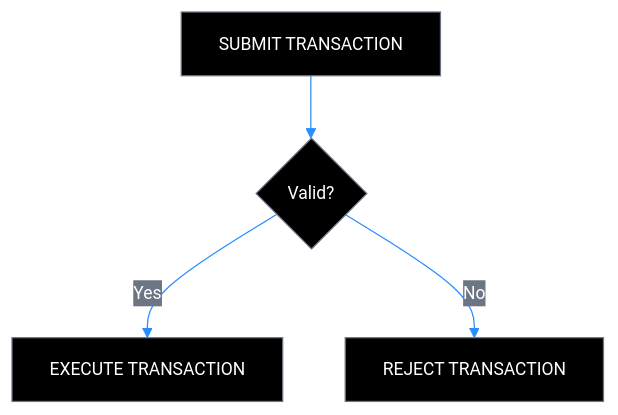
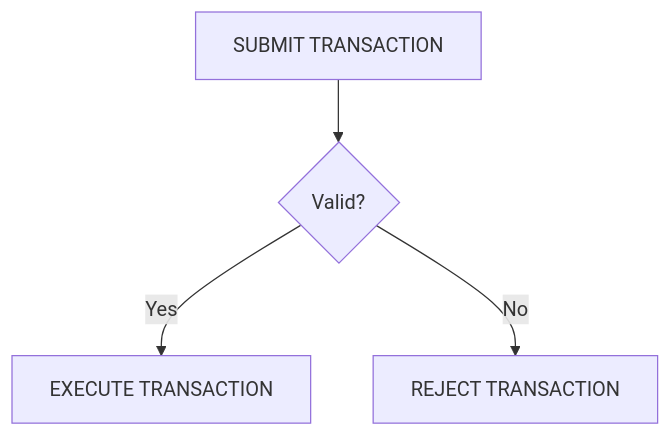
Before and after one commit to GeunhwaJeong/haneul-new: the third of 3 diagrams in docs/content/references/contribute/diagram-standards.mdx, drawn with Mermaid. The commit also changed other lines of this file and 1 other file, not shown here.

First line of the commit message:
docs: Diagram standards update

````diff
--- a/docs/content/references/contribute/diagram-standards.mdx
+++ b/docs/content/references/contribute/diagram-standards.mdx
@@ -311,35 +351,6 @@
 ```mermaid
----
-config:
-  theme: base
-  themeVariables:
-    primaryColor: '#000000'
-    primaryTextColor: '#FFFFFF'
-    primaryBorderColor: '#6C7584'
-    secondaryColor: '#6C7584'
-    secondaryTextColor: '#FFFFFF'
-    tertiaryColor: '#298DFF'
-    tertiaryTextColor: '#FFFFFF'
-    lineColor: '#298DFF'
-    background: '#FFFFFF'
-    mainBkg: '#000000'
-    secondBkg: '#6C7584'
-    noteBkgColor: '#E6F1FB'
-    noteTextColor: '#000000'
-    noteBorderColor: '#298DFF'
-    activationBkgColor: '#298DFF'
-    activationBorderColor: '#185FA5'
-    fontSize: '14px'
-    fontFamily: 'Inter, sans-serif'
-    signalColor: '#298DFF'
-    signalTextColor: '#298DFF'
-    labelBoxBkgColor: '#000000'
-    labelBoxBorderColor: '#6C7584'
-    labelTextColor: '#FFFFFF'
-    loopTextColor: '#FFFFFF'
----
 flowchart TD
     A[SUBMIT TRANSACTION] --> B{Valid?}
     B -->|Yes| C[EXECUTE TRANSACTION]
     B -->|No| D[REJECT TRANSACTION]
 ```
````
